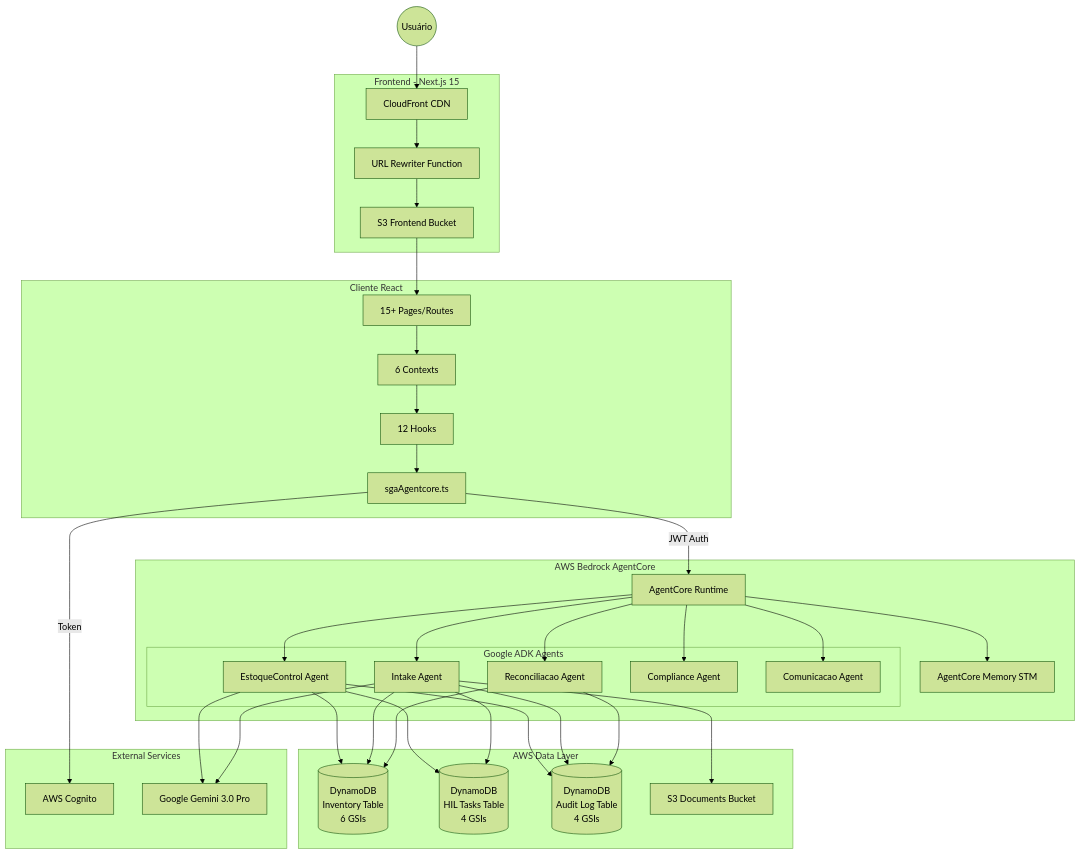
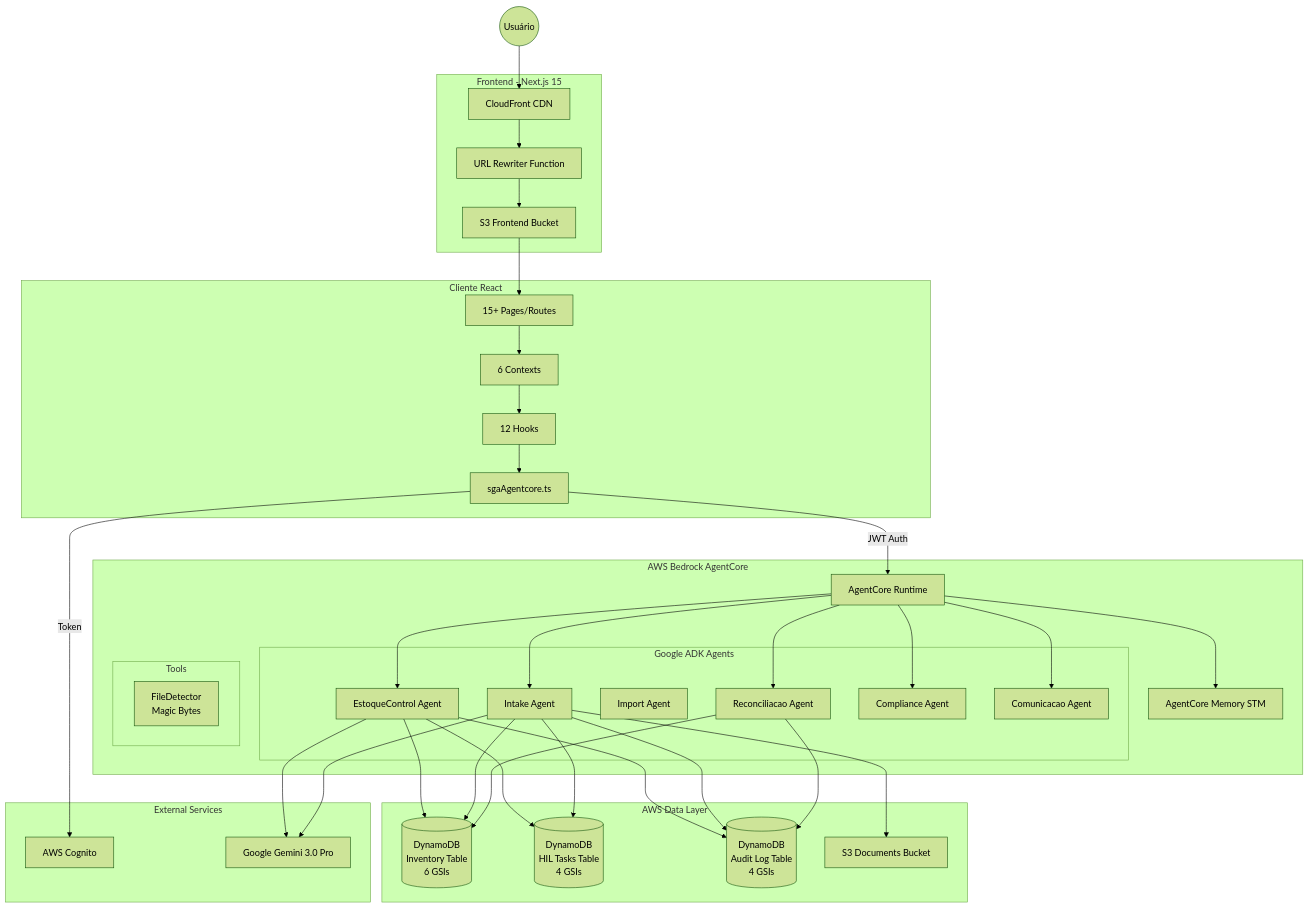
Before and after one commit to LPDigital-Agent/lpd-faiston-allinone: the first of 17 diagrams in docs/architecture/SGA_ESTOQUE_ARCHITECTURE.md, drawn with Mermaid (forest theme). The commit also changed other lines of this file, not shown here.

First line of the commit message:
docs(sga): add Smart Import mermaid diagrams to architecture

````diff
--- a/docs/architecture/SGA_ESTOQUE_ARCHITECTURE.md
+++ b/docs/architecture/SGA_ESTOQUE_ARCHITECTURE.md
@@ -11,54 +11,59 @@
 ```mermaid
 flowchart TB
     subgraph "Frontend - Next.js 15"
         CF[CloudFront CDN]
         S3F[S3 Frontend Bucket]
         URLRw[URL Rewriter Function]
     end
 
     subgraph "Cliente React"
         Pages[15+ Pages/Routes]
         Contexts[6 Contexts]
         Hooks[12 Hooks]
         Services[sgaAgentcore.ts]
     end
 
     subgraph "AWS Bedrock AgentCore"
         Runtime[AgentCore Runtime]
         Memory[AgentCore Memory STM]
 
         subgraph "Google ADK Agents"
             EstoqueCtrl[EstoqueControl Agent]
             Intake[Intake Agent]
+            Import[Import Agent]
             Reconciliacao[Reconciliacao Agent]
             Compliance[Compliance Agent]
             Comunicacao[Comunicacao Agent]
+        end
+
+        subgraph "Tools"
+            FileDetect[FileDetector\nMagic Bytes]
         end
     end
 
     subgraph "AWS Data Layer"
         DDBInv[(DynamoDB\nInventory Table\n6 GSIs)]
         DDBHIL[(DynamoDB\nHIL Tasks Table\n4 GSIs)]
         DDBAudit[(DynamoDB\nAudit Log Table\n4 GSIs)]
         S3Docs[S3 Documents Bucket]
     end
 
     subgraph "External Services"
         Cognito[AWS Cognito]
         Gemini[Google Gemini 3.0 Pro]
     end
 
     User((Usuário)) --> CF
     CF --> URLRw --> S3F
     S3F --> Pages
     Pages --> Contexts --> Hooks --> Services
     Services -->|JWT Auth| Runtime
     Runtime --> Memory
     Runtime --> EstoqueCtrl & Intake & Reconciliacao & Compliance & Comunicacao
     EstoqueCtrl & Intake & Reconciliacao --> DDBInv
     EstoqueCtrl & Intake --> DDBHIL
     EstoqueCtrl & Intake & Reconciliacao --> DDBAudit
     Intake --> S3Docs
     EstoqueCtrl & Intake --> Gemini
     Services -->|Token| Cognito
 ```
````
